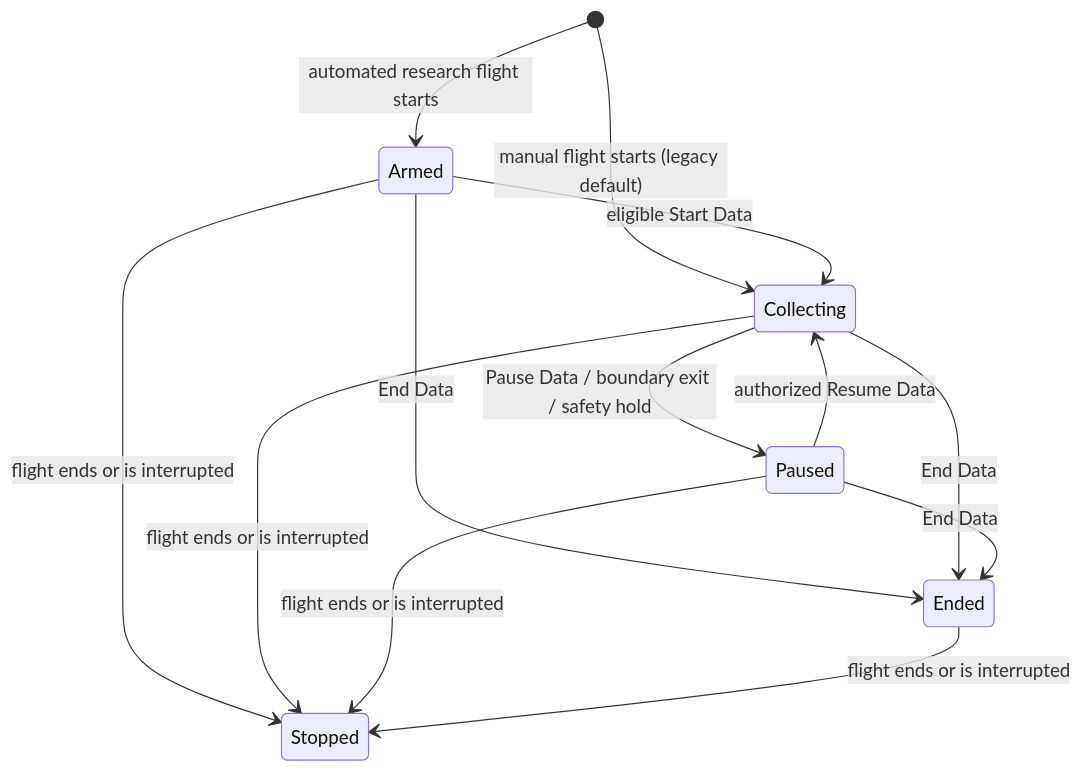
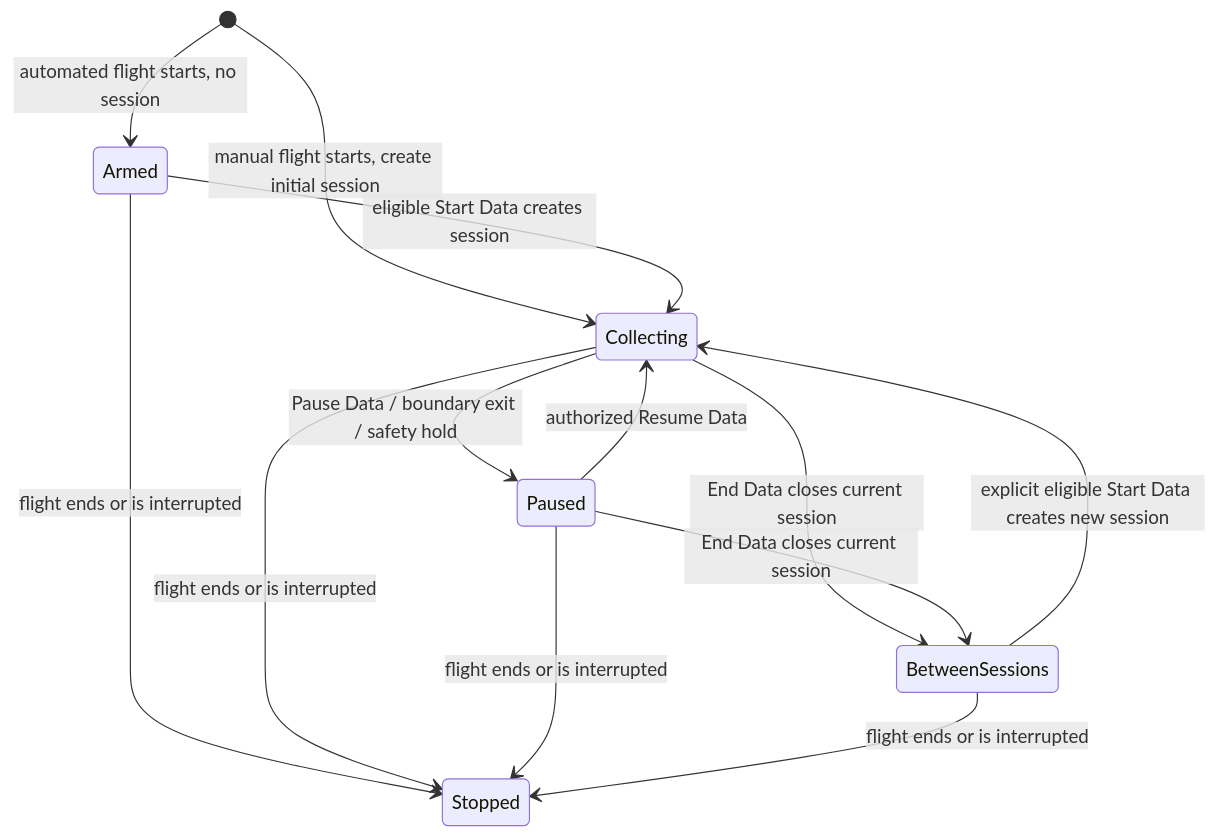
Before and after one commit to JustSeanC/AeroScience: the diagram in docs/roadmap/v0.5.0-architecture.md, drawn with Mermaid. The commit also changed other lines of this file and 6 other files, not shown here.

Commit message:
Plan multiple science collection sessions per flight

````diff
--- a/docs/roadmap/v0.5.0-architecture.md
+++ b/docs/roadmap/v0.5.0-architecture.md
@@ -90,15 +97,15 @@
 ```mermaid
 stateDiagram-v2
-    [*] --> Armed: automated research flight starts
-    [*] --> Collecting: manual flight starts (legacy default)
-    Armed --> Collecting: eligible Start Data
-    Armed --> Ended: End Data
+    [*] --> Armed: automated flight starts, no session
+    [*] --> Collecting: manual flight starts, create initial session
+    Armed --> Collecting: eligible Start Data creates session
     Collecting --> Paused: Pause Data / boundary exit / safety hold
     Paused --> Collecting: authorized Resume Data
-    Collecting --> Ended: End Data
-    Paused --> Ended: End Data
+    Collecting --> BetweenSessions: End Data closes current session
+    Paused --> BetweenSessions: End Data closes current session
+    BetweenSessions --> Collecting: explicit eligible Start Data creates new session
     Armed --> Stopped: flight ends or is interrupted
     Collecting --> Stopped: flight ends or is interrupted
     Paused --> Stopped: flight ends or is interrupted
-    Ended --> Stopped: flight ends or is interrupted
+    BetweenSessions --> Stopped: flight ends or is interrupted
 ```
````
